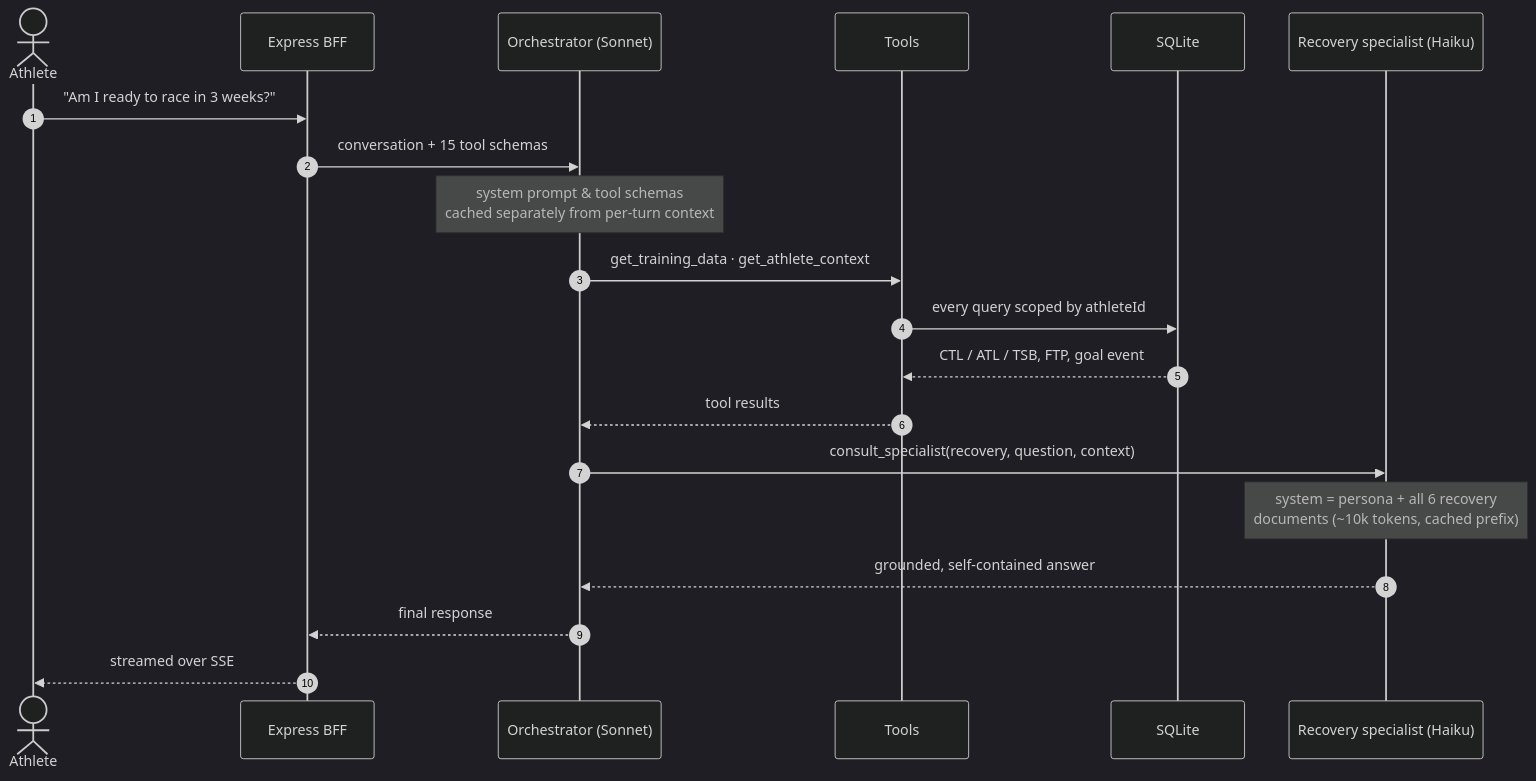
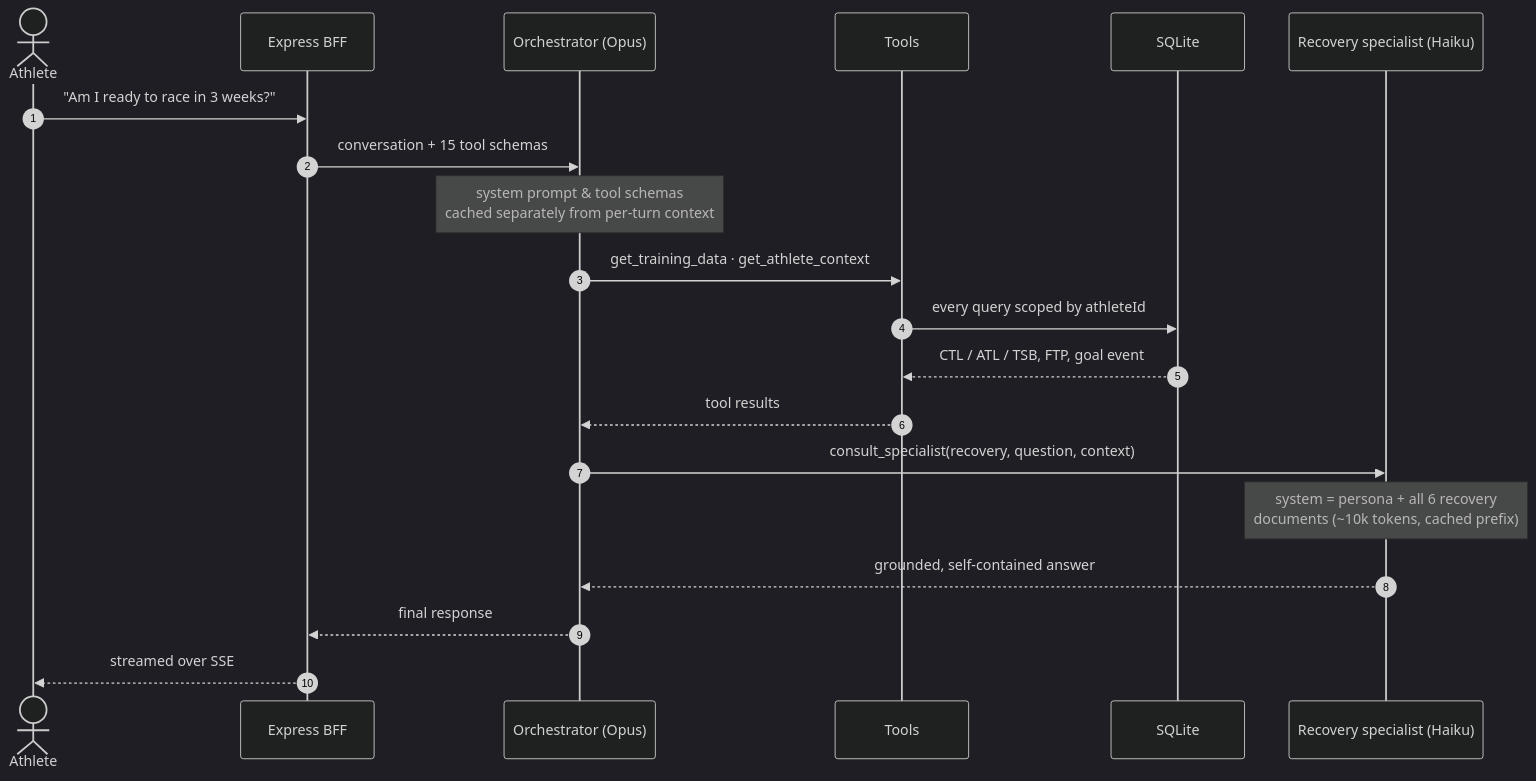
Before and after one commit to almadaocta/rumble: the second of 2 diagrams in README.md, drawn with Mermaid (dark theme). The commit also changed other lines of this file and 1 other file, not shown here.

````diff
--- a/README.md
+++ b/README.md
@@ -71,26 +74,26 @@
 ```mermaid
 sequenceDiagram
     autonumber
     actor A as Athlete
     participant B as Express BFF
-    participant O as Orchestrator (Sonnet)
+    participant O as Orchestrator (Opus)
     participant T as Tools
     participant D as SQLite
     participant S as Recovery specialist (Haiku)
 
     A->>B: "Am I ready to race in 3 weeks?"
     B->>O: conversation + 15 tool schemas
     Note over O: system prompt & tool schemas<br/>cached separately from per-turn context
 
     O->>T: get_training_data · get_athlete_context
     T->>D: every query scoped by athleteId
     D-->>T: CTL / ATL / TSB, FTP, goal event
     T-->>O: tool results
 
     O->>S: consult_specialist(recovery, question, context)
     Note over S: system = persona + all 6 recovery<br/>documents (~10k tokens, cached prefix)
     S-->>O: grounded, self-contained answer
 
     O-->>B: final response
     B-->>A: streamed over SSE
 ```
````
